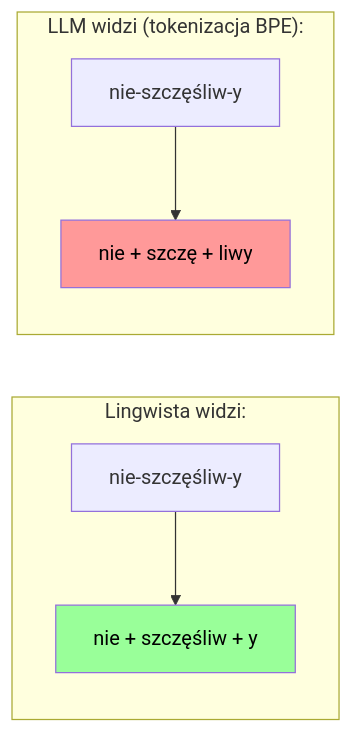
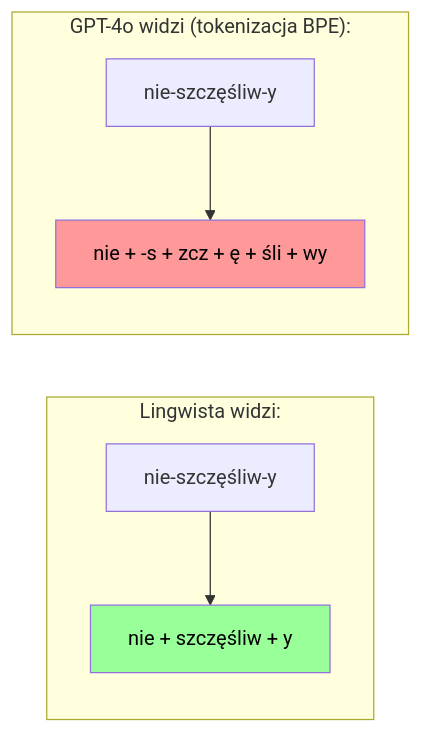
The second of 4 diagrams in site/content/cechy-jezykowe-a-llm.md (bgruszka/bgruszka.github.io), drawn with Mermaid before and after one commit. The commit also changed 1 other file, not shown here.

Commit message:
Refactor code structure for improved readability and maintainability

````diff
--- a/site/content/cechy-jezykowe-a-llm.md
+++ b/site/content/cechy-jezykowe-a-llm.md
@@ -166,12 +166,12 @@
 ```mermaid
 graph LR
     subgraph "Lingwista widzi:"
         A["nie-szczęśliw-y"] --> A1["nie + szczęśliw + y"]
     end
-    subgraph "LLM widzi (tokenizacja BPE):"
-        B["nie-szczęśliw-y"] --> B1["nie + szczę + liwy"]
+    subgraph "GPT-4o widzi (tokenizacja BPE):"
+        B["nie-szczęśliw-y"] --> B1["nie + -s + zcz + ę + śli + wy"]
     end
     
     style A1 fill:#99ff99,color:#000
     style B1 fill:#ff9999,color:#000
 ```
````
